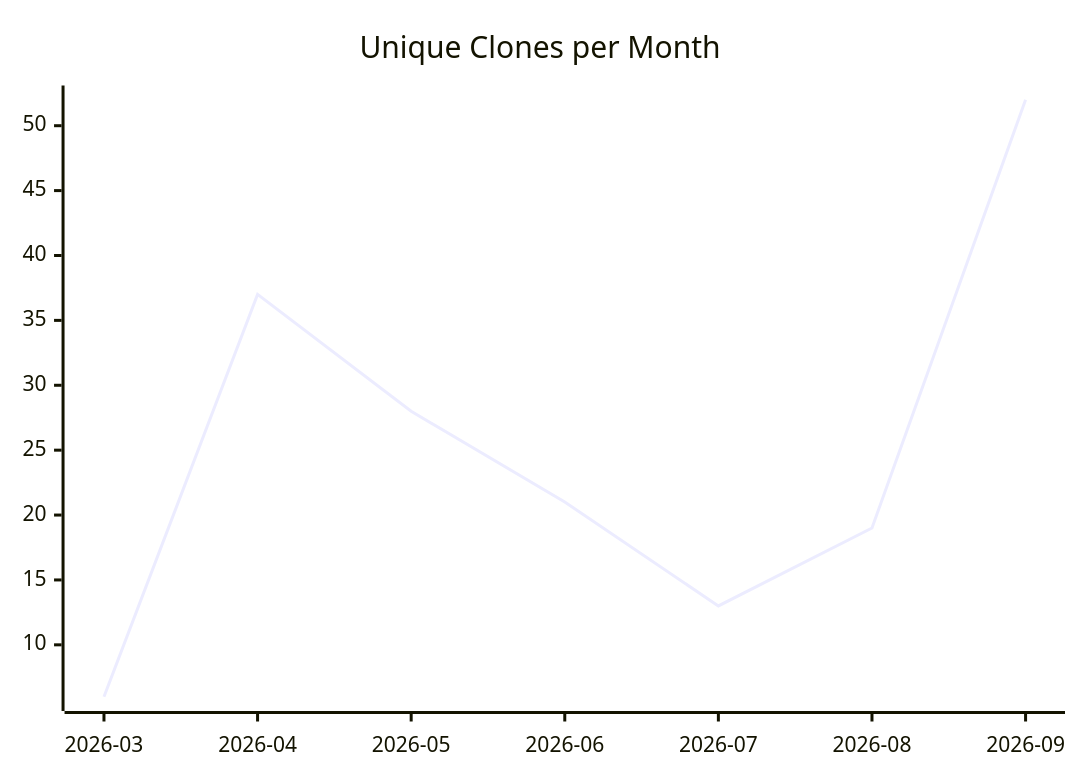
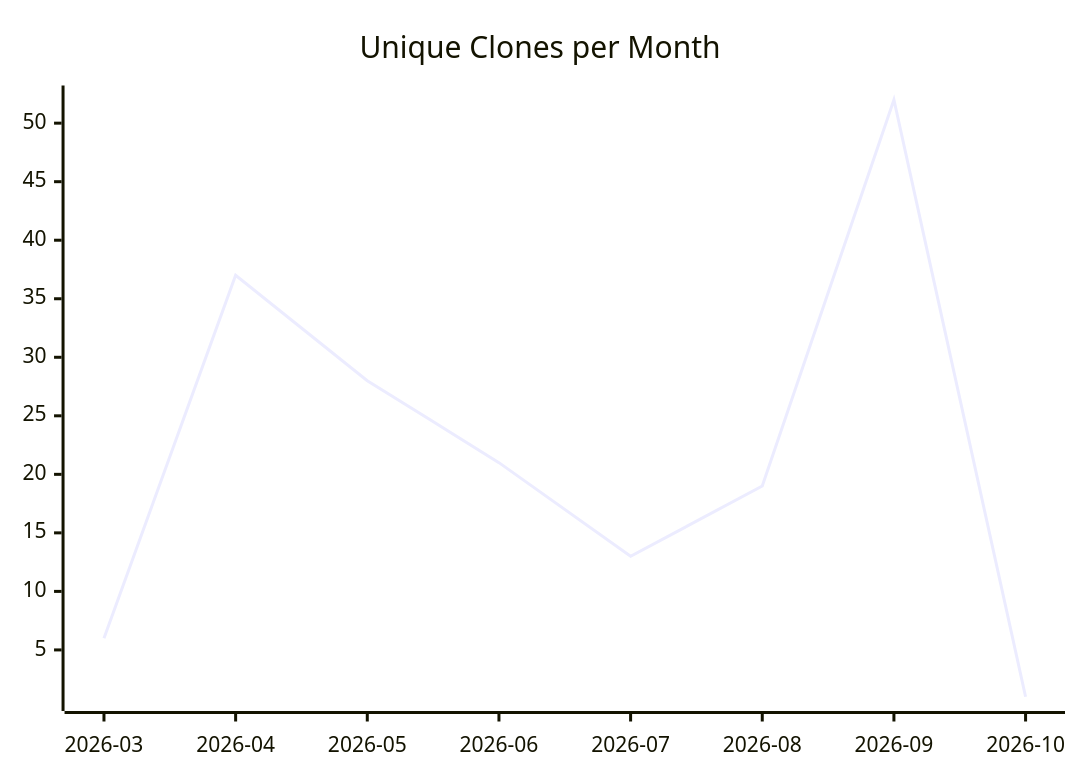
The third of 3 diagrams in karlmdavis/ansible-role-jenkins2/README.md (justdavis-family/github-analytics-data), drawn with Mermaid before and after one commit. The commit also changed other lines of this file and 202 other files, not shown here.

````diff
--- a/karlmdavis/ansible-role-jenkins2/README.md
+++ b/karlmdavis/ansible-role-jenkins2/README.md
@@ -19,6 +19,6 @@
 ```mermaid
 xychart-beta
   title "Unique Clones per Month"
-  x-axis ["2026-03", "2026-04", "2026-05", "2026-06", "2026-07", "2026-08", "2026-09"]
-  line [6, 37, 28, 21, 13, 19, 52]
+  x-axis ["2026-03", "2026-04", "2026-05", "2026-06", "2026-07", "2026-08", "2026-09", "2026-10"]
+  line [6, 37, 28, 21, 13, 19, 52, 1]
 ```
````
